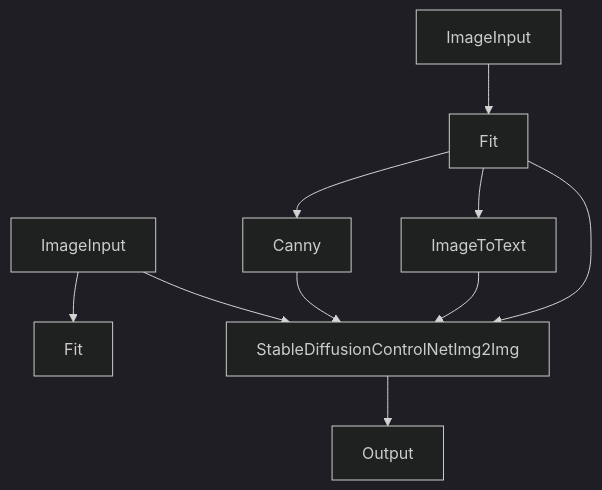
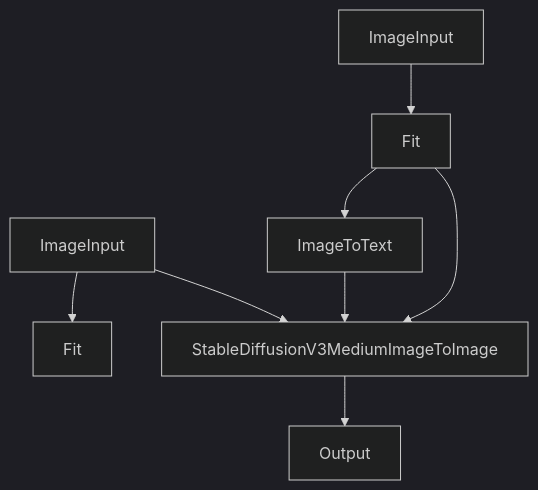
One commit to nodetool-ai/nodetool changed the tenth of 17 diagrams in docs/cookbook/patterns.md. Above: the diagram before and after it, drawn with Mermaid (dark theme). The commit also changed other lines of this file and 46 other files, not shown here.

```diff
--- a/docs/cookbook/patterns.md
+++ b/docs/cookbook/patterns.md
@@ -337,20 +336,17 @@
 {% mermaid %}
 graph TD
-  stable_diffusion_control_net_img2img["StableDiffusionControlNetImg2Img"]
+  sd_img2img["StableDiffusionV3MediumImageToImage"]
   image_input_1["ImageInput"]
   image_input_2["ImageInput"]
   output["Output"]
-  canny["Canny"]
   image_to_text["ImageToText"]
   fit_1["Fit"]
   fit_2["Fit"]
-  stable_diffusion_control_net_img2img --> output
-  canny --> stable_diffusion_control_net_img2img
-  image_to_text --> stable_diffusion_control_net_img2img
+  sd_img2img --> output
+  image_to_text --> sd_img2img
   image_input_2 --> fit_1
   image_input_1 --> fit_2
-  fit_2 --> canny
   fit_2 --> image_to_text
-  image_input_2 --> stable_diffusion_control_net_img2img
-  fit_2 --> stable_diffusion_control_net_img2img
+  image_input_2 --> sd_img2img
+  fit_2 --> sd_img2img
 {% endmermaid %}
```
